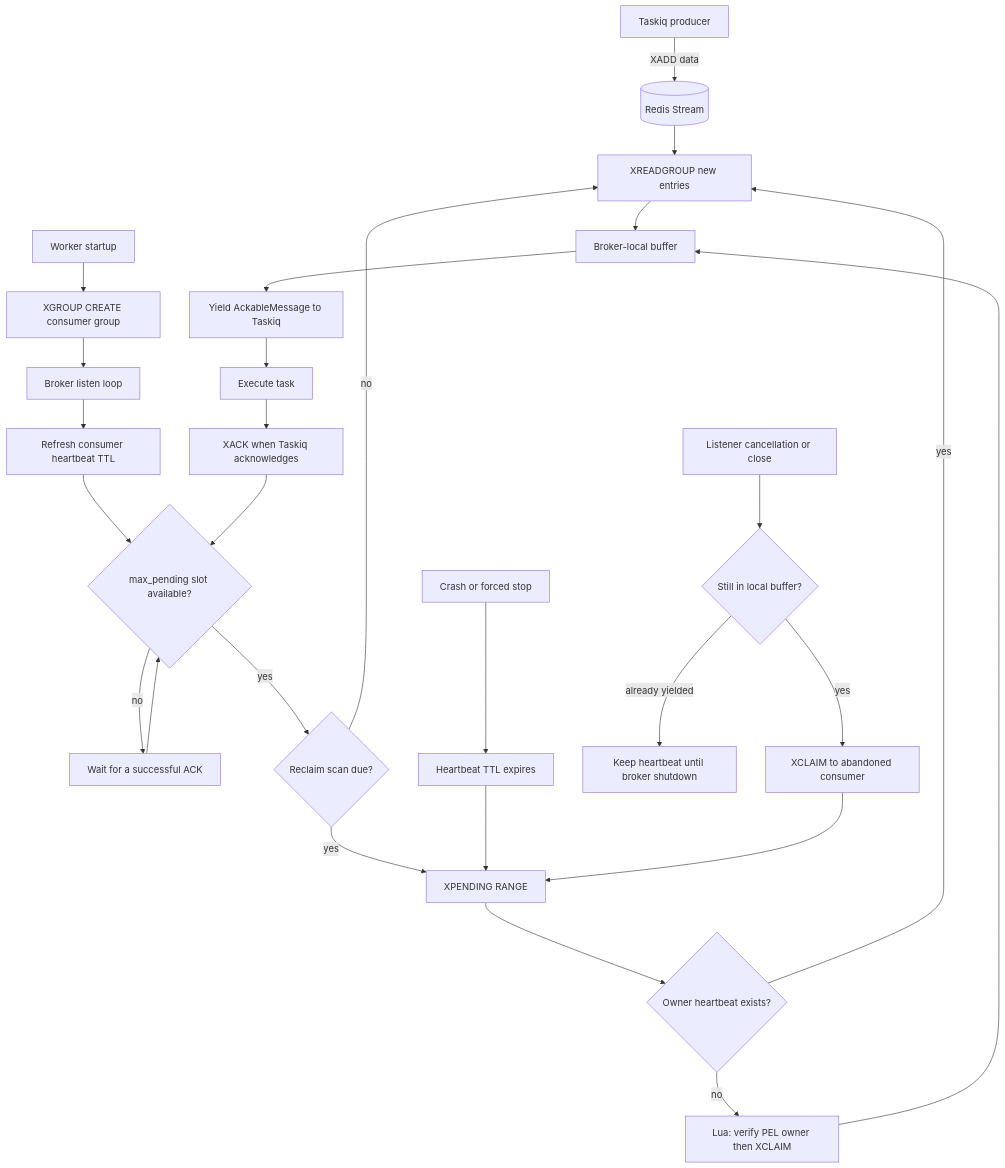
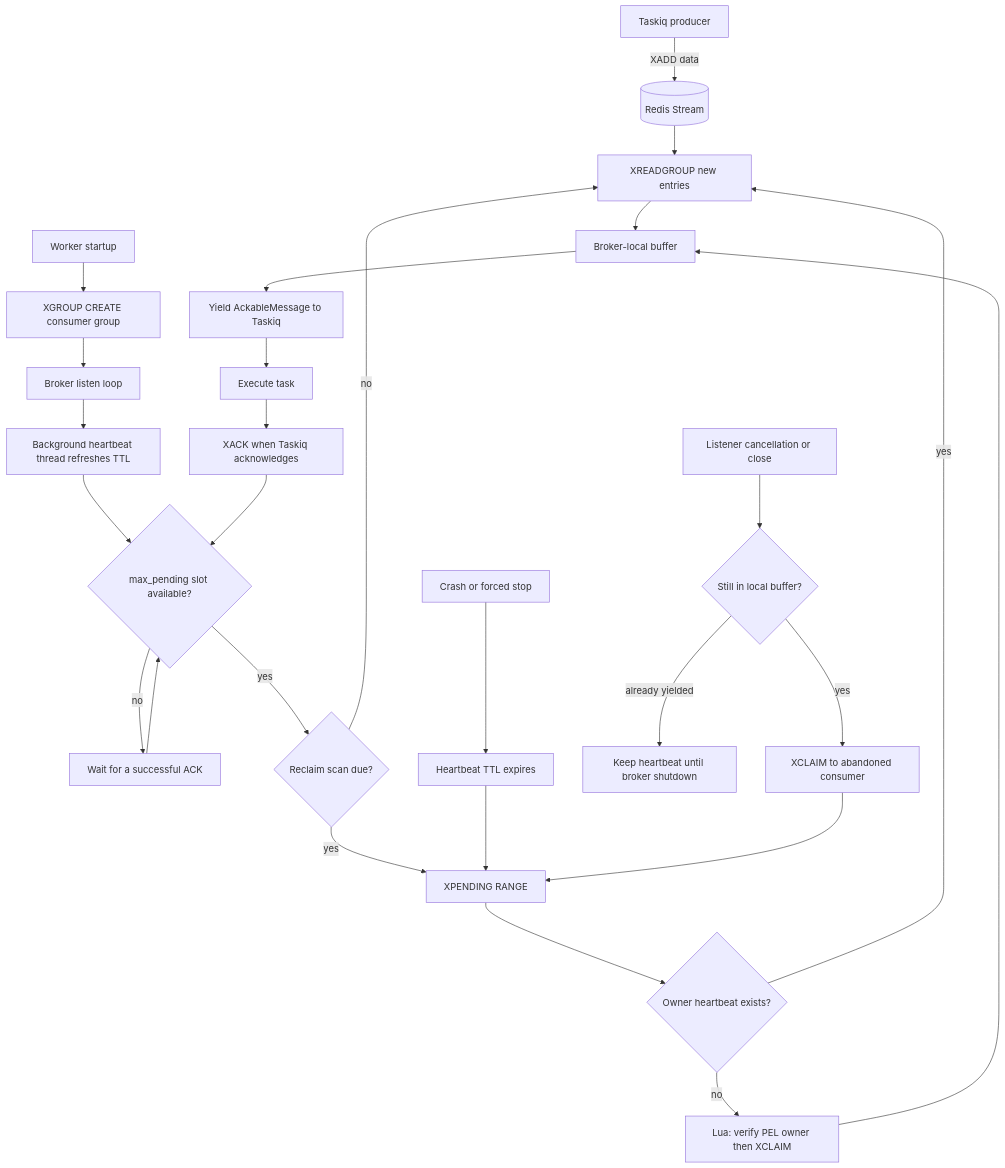
The diagram in README.md (vvanglro/taskiq-redis-streams), drawn with Mermaid before and after one commit. The commit also changed other lines of this file and 3 other files, not shown here.

Commit message:
feat: renew consumer heartbeats in a dedicated thread

````diff
--- a/README.md
+++ b/README.md
@@ -63,30 +63,30 @@
 ```mermaid
 flowchart TD
     producer[Taskiq producer] -->|XADD data| stream[(Redis Stream)]
     startup[Worker startup] --> group[XGROUP CREATE consumer group]
     group --> listener[Broker listen loop]
-    listener --> heartbeat[Refresh consumer heartbeat TTL]
+    listener --> heartbeat[Background heartbeat thread refreshes TTL]
     heartbeat --> capacity{max_pending slot available?}
     capacity -->|no| wait_ack[Wait for a successful ACK]
     wait_ack --> capacity
     capacity -->|yes| reclaim_due{Reclaim scan due?}
     reclaim_due -->|yes| pending[XPENDING RANGE]
     pending --> lease{Owner heartbeat exists?}
     lease -->|no| claim[Lua: verify PEL owner then XCLAIM]
     lease -->|yes| read
     reclaim_due -->|no| read
     stream --> read[XREADGROUP new entries]
     claim --> buffer[Broker-local buffer]
     read --> buffer
     buffer --> deliver[Yield AckableMessage to Taskiq]
     deliver --> execute[Execute task]
     execute --> ack[XACK when Taskiq acknowledges]
     ack --> capacity
 
     listener_close[Listener cancellation or close] --> buffered{Still in local buffer?}
     buffered -->|yes| abandoned[XCLAIM to abandoned consumer]
     buffered -->|already yielded| drain[Keep heartbeat until broker shutdown]
     worker_loss[Crash or forced stop] --> expired[Heartbeat TTL expires]
     expired --> pending
     abandoned --> pending
 ```
````
